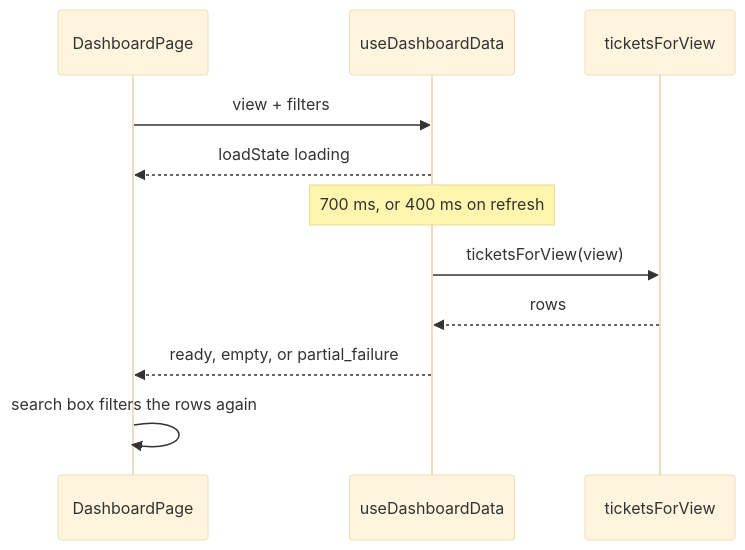
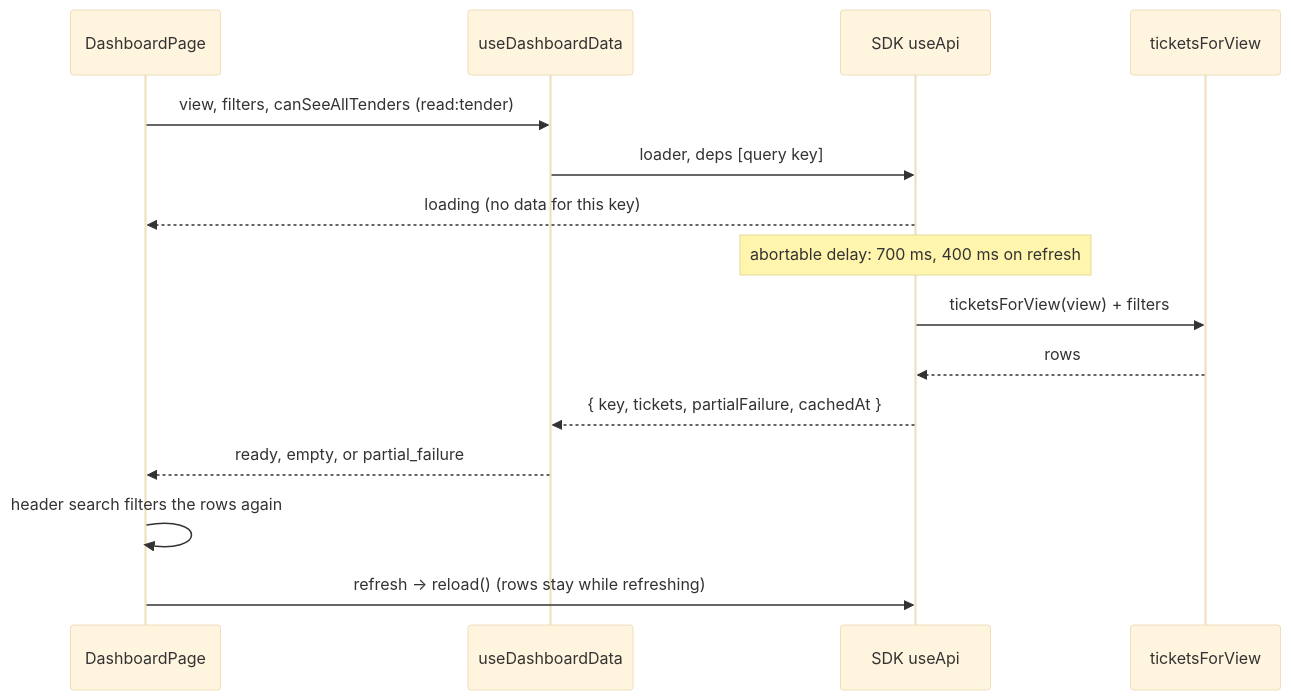
The diagram in docs/architecture/mermaid/ticket-load.mmd (BCBP-SOLUTIONS-FZC-LLC/mfe-dashboard), drawn with Mermaid (base theme) before and after one commit. The commit also changed 40 other files, not shown here.

```diff
--- a/docs/architecture/mermaid/ticket-load.mmd
+++ b/docs/architecture/mermaid/ticket-load.mmd
@@ -1,12 +1,16 @@
 sequenceDiagram
     participant Page as DashboardPage
     participant Hook as useDashboardData
+    participant Api as SDK useApi
     participant Mock as ticketsForView
 
-    Page->>Hook: view + filters
-    Hook-->>Page: loadState loading
-    Note over Hook: 700 ms, or 400 ms on refresh
-    Hook->>Mock: ticketsForView(view)
-    Mock-->>Hook: rows
+    Page->>Hook: view, filters, canSeeAllTenders (read:tender)
+    Hook->>Api: loader, deps [query key]
+    Api-->>Page: loading (no data for this key)
+    Note over Api: abortable delay: 700 ms, 400 ms on refresh
+    Api->>Mock: ticketsForView(view) + filters
+    Mock-->>Api: rows
+    Api-->>Hook: { key, tickets, partialFailure, cachedAt }
     Hook-->>Page: ready, empty, or partial_failure
-    Page->>Page: search box filters the rows again
+    Page->>Page: header search filters the rows again
+    Page->>Api: refresh → reload() (rows stay while refreshing)
```
